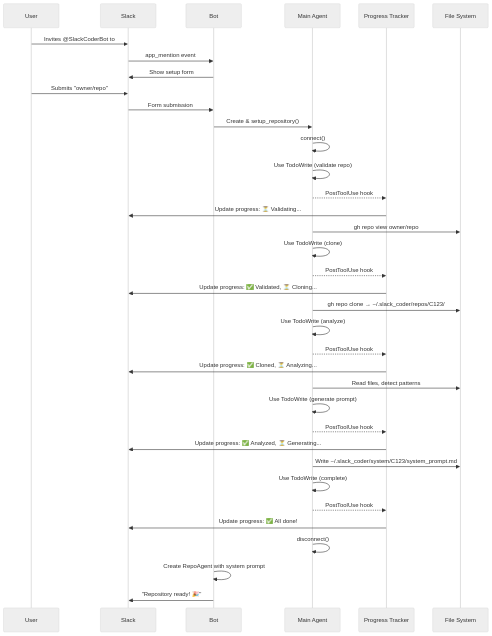
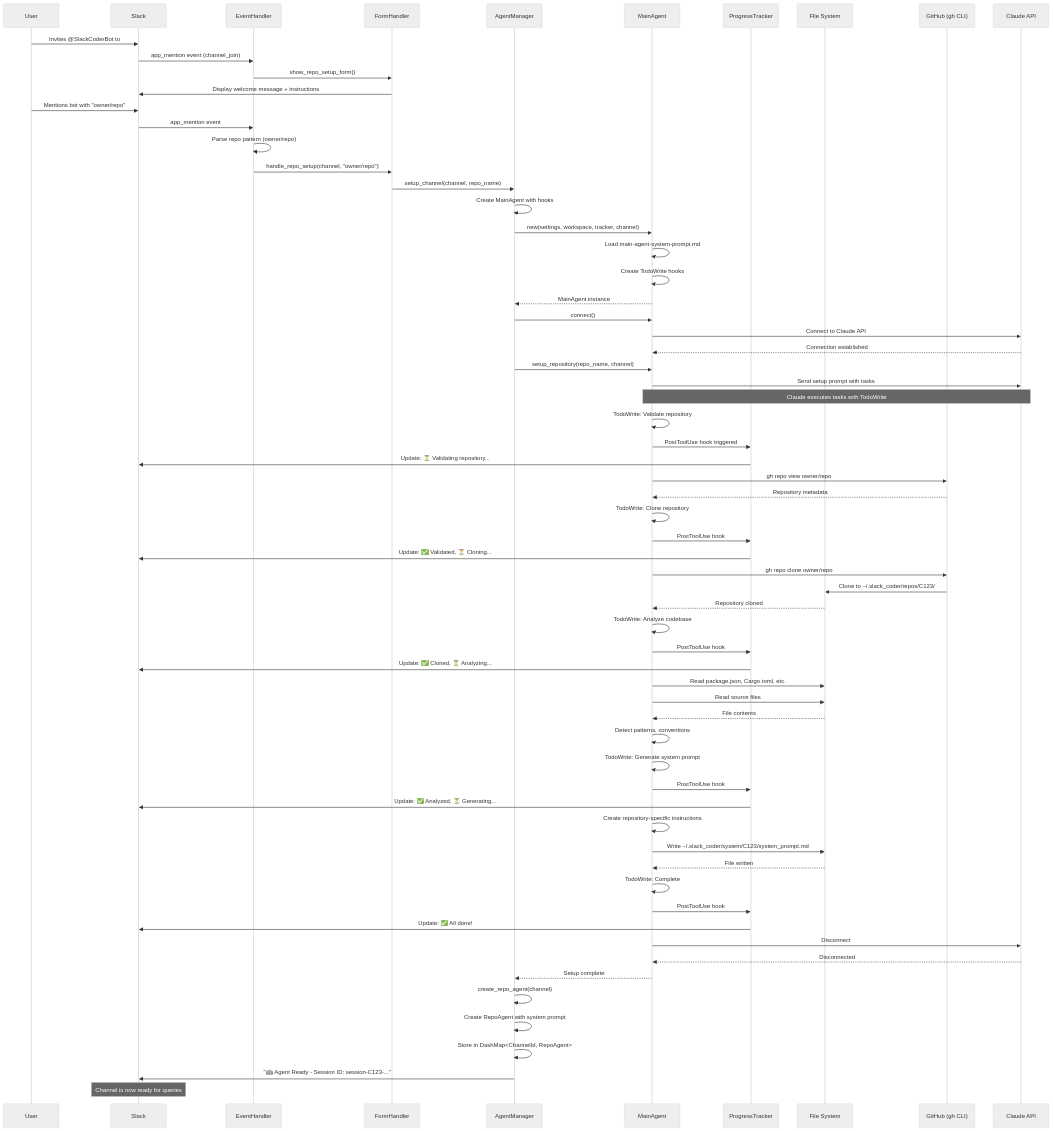
The fourth of 9 diagrams in README.md (tyrchen/slack-coder), drawn with Mermaid (neutral theme) before and after one commit. The commit also changed other lines of this file and 1 other file, not shown here.

````diff
--- a/README.md
+++ b/README.md
@@ -82,44 +159,85 @@
 sequenceDiagram
     participant U as User
     participant S as Slack
-    participant B as Bot
-    participant M as Main Agent
-    participant P as Progress Tracker
-    participant F as File System
+    participant EH as EventHandler
+    participant FH as FormHandler
+    participant AM as AgentManager
+    participant MA as MainAgent
+    participant PT as ProgressTracker
+    participant FS as File System
+    participant GH as GitHub (gh CLI)
+    participant C as Claude API
 
     U->>S: Invites @SlackCoderBot to #project
-    S->>B: app_mention event
-    B->>S: Show setup form
-    U->>S: Submits "owner/repo"
-    S->>B: Form submission
-    B->>M: Create & setup_repository()
-    M->>M: connect()
+    S->>EH: app_mention event (channel_join)
+    EH->>FH: show_repo_setup_form()
+    FH->>S: Display welcome message + instructions
 
-    M->>M: Use TodoWrite (validate repo)
-    M-->>P: PostToolUse hook
-    P->>S: Update progress: ⏳ Validating...
+    U->>S: Mentions bot with "owner/repo"
+    S->>EH: app_mention event
+    EH->>EH: Parse repo pattern (owner/repo)
+    EH->>FH: handle_repo_setup(channel, "owner/repo")
 
-    M->>F: gh repo view owner/repo
-    M->>M: Use TodoWrite (clone)
-    M-->>P: PostToolUse hook
-    P->>S: Update progress: ✅ Validated, ⏳ Cloning...
+    FH->>AM: setup_channel(channel, repo_name)
+    AM->>AM: Create MainAgent with hooks
+    AM->>MA: new(settings, workspace, tracker, channel)
+    MA->>MA: Load main-agent-system-prompt.md
+    MA->>MA: Create TodoWrite hooks
+    MA-->>AM: MainAgent instance
 
-    M->>F: gh repo clone → ~/.slack_coder/repos/C123/
-    M->>M: Use TodoWrite (analyze)
-    M-->>P: PostToolUse hook
-    P->>S: Update progress: ✅ Cloned, ⏳ Analyzing...
+    AM->>MA: connect()
+    MA->>C: Connect to Claude API
+    C-->>MA: Connection established
 
-    M->>F: Read files, detect patterns
-    M->>M: Use TodoWrite (generate prompt)
-    M-->>P: PostToolUse hook
-    P->>S: Update progress: ✅ Analyzed, ⏳ Generating...
+    AM->>MA: setup_repository(repo_name, channel)
+    MA->>C: Send setup prompt with tasks
 
-    M->>F: Write ~/.slack_coder/system/C123/system_prompt.md
-    M->>M: Use TodoWrite (complete)
-    M-->>P: PostToolUse hook
-    P->>S: Update progress: ✅ All done!
+    Note over MA,C: Claude executes tasks with TodoWrite
 
-    M->>M: disconnect()
-    B->>B: Create RepoAgent with system prompt
-    B->>S: "Repository ready! 🎉"
+    MA->>MA: TodoWrite: Validate repository
+    MA->>PT: PostToolUse hook triggered
+    PT->>S: Update: ⏳ Validating repository...
+
+    MA->>GH: gh repo view owner/repo
+    GH-->>MA: Repository metadata
+
+    MA->>MA: TodoWrite: Clone repository
+    MA->>PT: PostToolUse hook
+    PT->>S: Update: ✅ Validated, ⏳ Cloning...
+
+    MA->>GH: gh repo clone owner/repo
+    GH->>FS: Clone to ~/.slack_coder/repos/C123/
+    FS-->>MA: Repository cloned
+
+    MA->>MA: TodoWrite: Analyze codebase
+    MA->>PT: PostToolUse hook
+    PT->>S: Update: ✅ Cloned, ⏳ Analyzing...
+
+    MA->>FS: Read package.json, Cargo.toml, etc.
+    MA->>FS: Read source files
+    FS-->>MA: File contents
+    MA->>MA: Detect patterns, conventions
+
+    MA->>MA: TodoWrite: Generate system prompt
+    MA->>PT: PostToolUse hook
+    PT->>S: Update: ✅ Analyzed, ⏳ Generating...
+
+    MA->>MA: Create repository-specific instructions
+    MA->>FS: Write ~/.slack_coder/system/C123/system_prompt.md
+    FS-->>MA: File written
+
+    MA->>MA: TodoWrite: Complete
+    MA->>PT: PostToolUse hook
+    PT->>S: Update: ✅ All done!
+
+    MA->>C: Disconnect
+    C-->>MA: Disconnected
+    MA-->>AM: Setup complete
+
+    AM->>AM: create_repo_agent(channel)
+    AM->>AM: Create RepoAgent with system prompt
+    AM->>AM: Store in DashMap<ChannelId, RepoAgent>
+    AM->>S: "🤖 Agent Ready - Session ID: session-C123-..."
+
+    Note over S: Channel is now ready for queries
 ```
````
